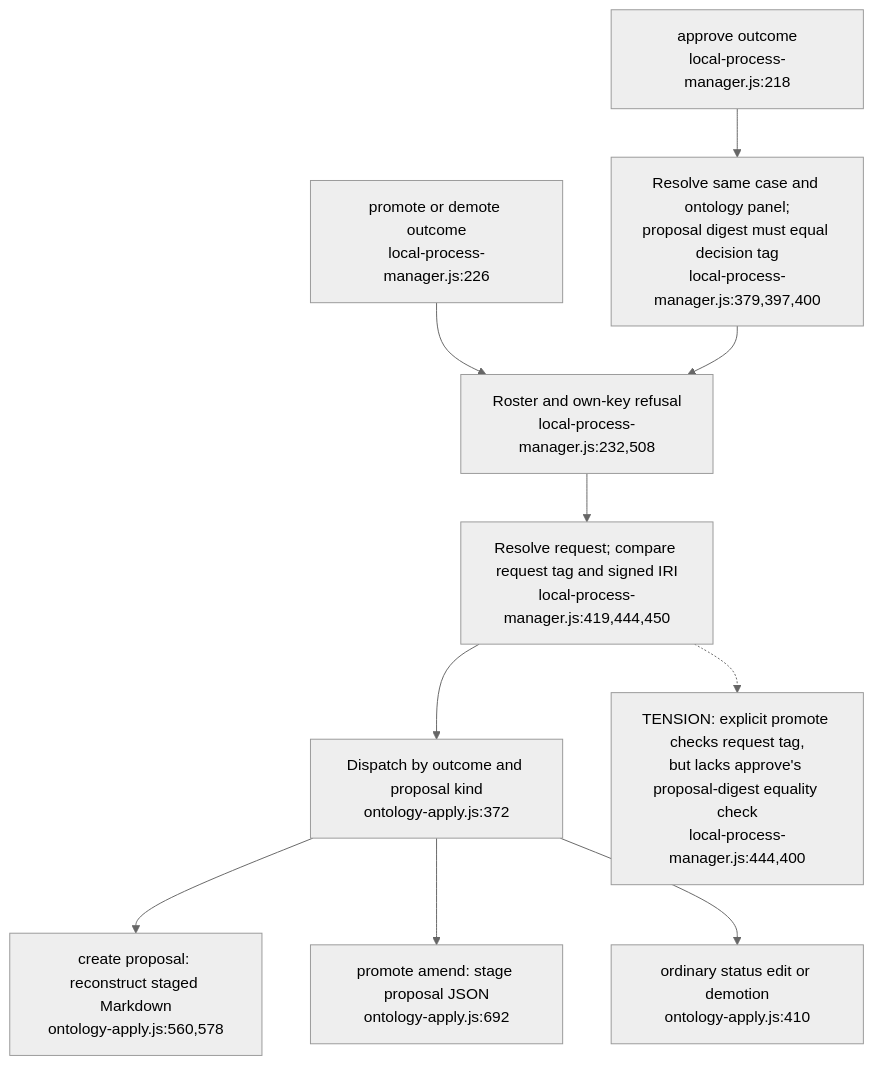
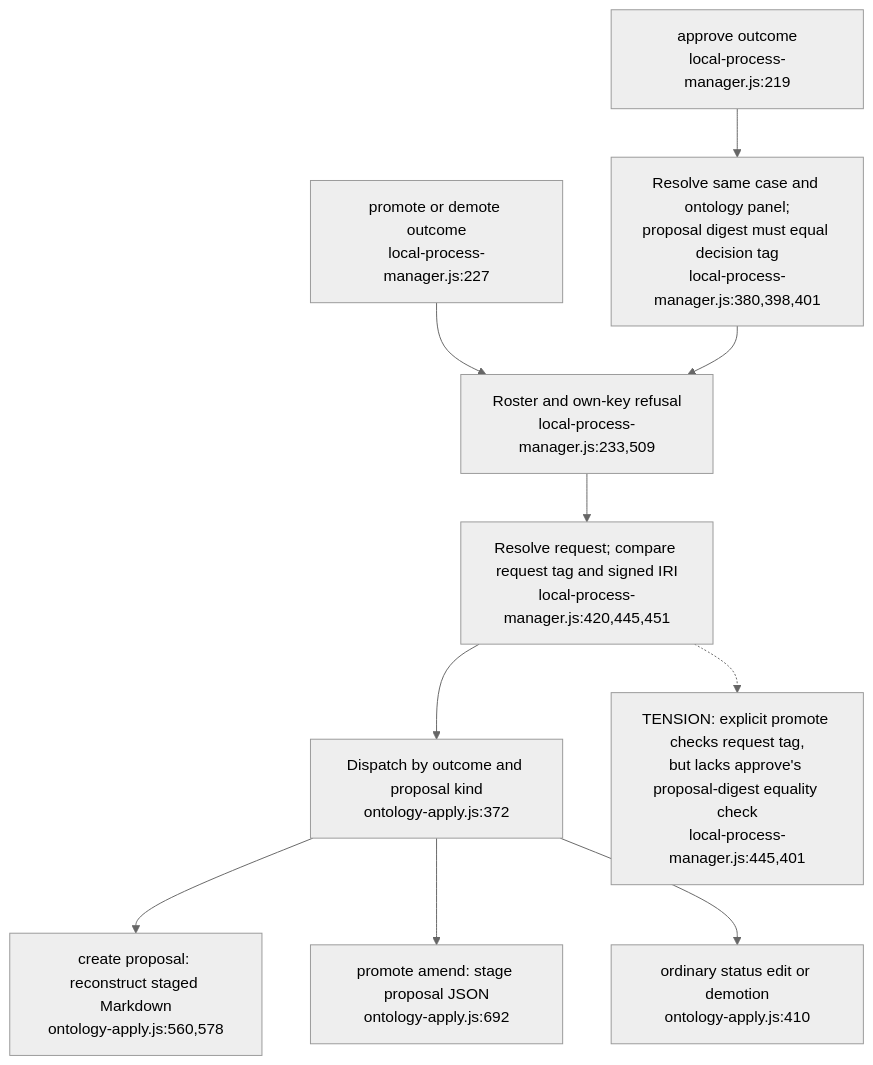
The first of 3 diagrams in docs/diagrams/ontomark/07-governed-create-and-amend.md (DreamLab-AI/VisionFlow), drawn with Mermaid (neutral theme) before and after one commit. The commit also changed other lines of this file and 3 other files, not shown here.

First line of the commit message:
diagrams(ontomark): re-verify OM-05, OM-06, OM-07, OM-09 at pinned heads; map whelk-el

````diff
--- a/docs/diagrams/ontomark/07-governed-create-and-amend.md
+++ b/docs/diagrams/ontomark/07-governed-create-and-amend.md
@@ -27,12 +27,12 @@
 ```mermaid
 flowchart TD
-    A["approve outcome<br/>local-process-manager.js:218"] --> Q["Resolve same case and ontology panel;<br/>proposal digest must equal decision tag<br/>local-process-manager.js:379,397,400"]
-    P["promote or demote outcome<br/>local-process-manager.js:226"] --> R["Roster and own-key refusal<br/>local-process-manager.js:232,508"]
+    A["approve outcome<br/>local-process-manager.js:219"] --> Q["Resolve same case and ontology panel;<br/>proposal digest must equal decision tag<br/>local-process-manager.js:380,398,401"]
+    P["promote or demote outcome<br/>local-process-manager.js:227"] --> R["Roster and own-key refusal<br/>local-process-manager.js:233,509"]
     Q --> R
-    R --> B["Resolve request; compare request tag and signed IRI<br/>local-process-manager.js:419,444,450"]
+    R --> B["Resolve request; compare request tag and signed IRI<br/>local-process-manager.js:420,445,451"]
     B --> D["Dispatch by outcome and proposal kind<br/>ontology-apply.js:372"]
     D --> C["create proposal: reconstruct staged Markdown<br/>ontology-apply.js:560,578"]
     D --> M["promote amend: stage proposal JSON<br/>ontology-apply.js:692"]
     D --> E["ordinary status edit or demotion<br/>ontology-apply.js:410"]
-    B -.-> X["TENSION: explicit promote checks request tag,<br/>but lacks approve's proposal-digest equality check<br/>local-process-manager.js:444,400"]
+    B -.-> X["TENSION: explicit promote checks request tag,<br/>but lacks approve's proposal-digest equality check<br/>local-process-manager.js:445,401"]
 ```
````
